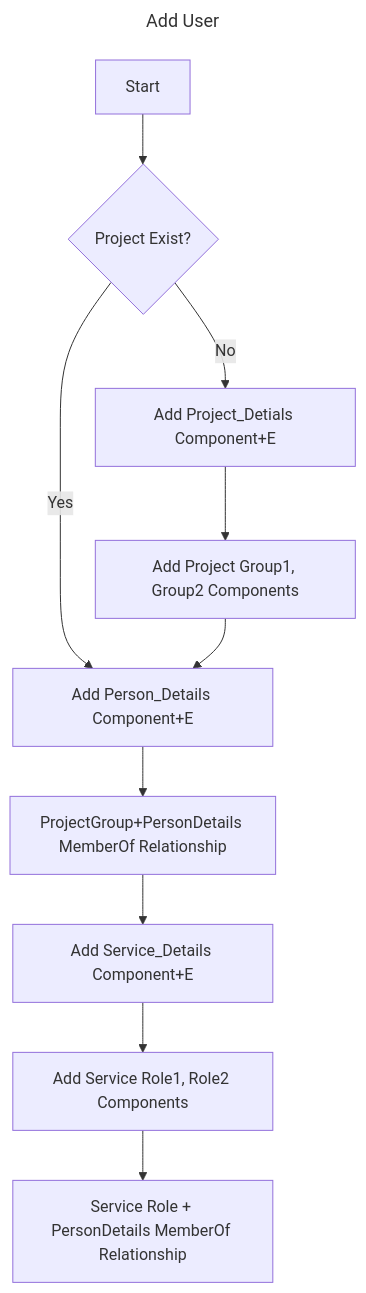
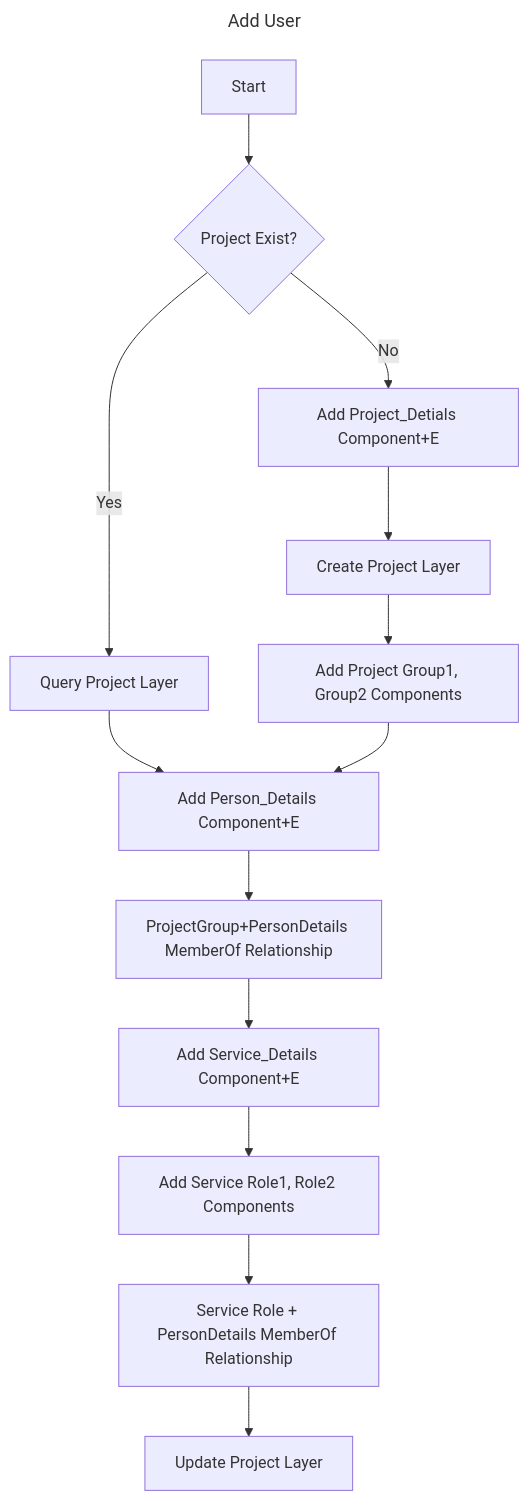
Before and after one commit to HOKGroup/ecs_experiments: the fifth of 5 diagrams in Apps/Trajectory.md, drawn with Mermaid.

````diff
--- a/Apps/Trajectory.md
+++ b/Apps/Trajectory.md
@@ -67,15 +67,18 @@
 ```mermaid
 ---
 title: Add User
 ---
 flowchart TD
     A[Start] --> B{Project Exist?}
-    B --->|Yes| C[Add Person_Details Component+E]
+    B --->|Yes| K[Query Project Layer]
+    K --> C[Add Person_Details Component+E]
     B -->|No| D[Add Project_Detials Component+E]
-    D --> E[Add Project Group1, Group2 Components]
+    D--> J[Create Project Layer]
+    J --> E[Add Project Group1, Group2 Components]
     E --> C
     C --> F[ProjectGroup+PersonDetails MemberOf Relationship]
     F --> G[Add Service_Details Component+E]
     G --> H[Add Service Role1, Role2 Components]
     H --> I[Service Role + PersonDetails MemberOf Relationship]
+    I --> L[Update Project Layer]
 ```
````
